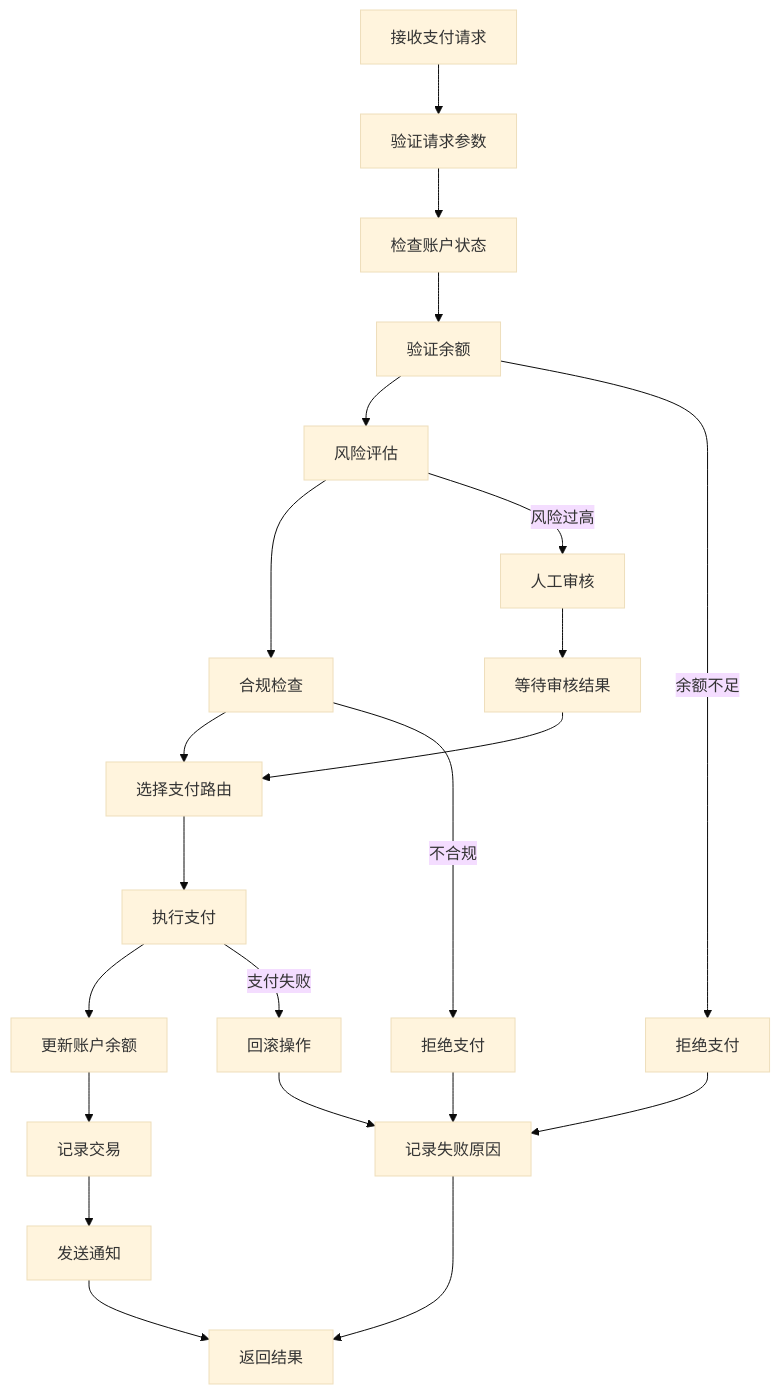
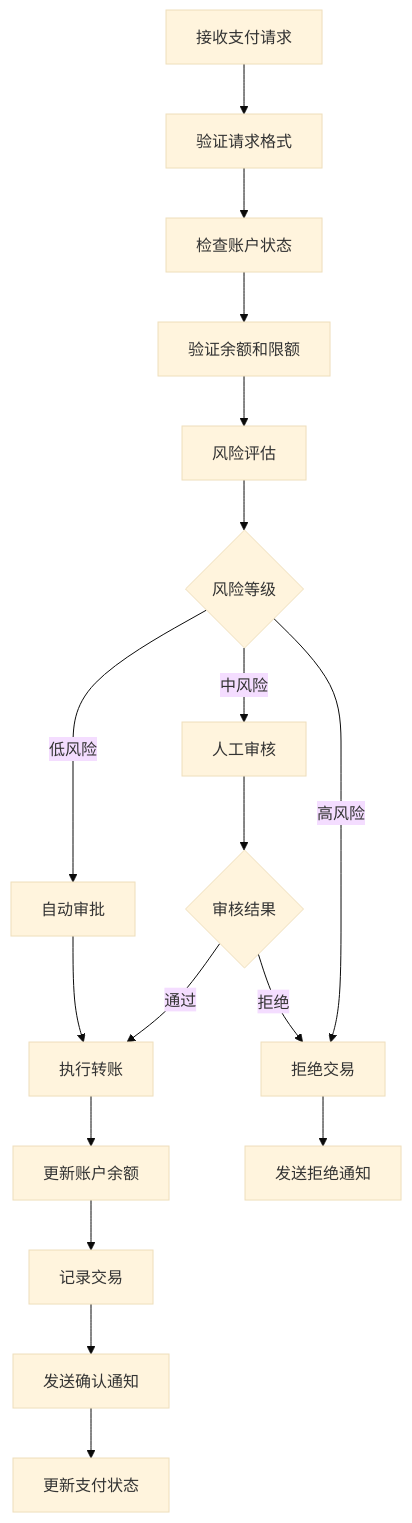
Before and after one commit to martin-ly/rust-lang: the first of 3 diagrams in docs/industry_domains/fintech/business_modeling.md, drawn with Mermaid (base theme). The commit also changed other lines of this file and 1 other file, not shown here.

````diff
--- a/docs/industry_domains/fintech/business_modeling.md
+++ b/docs/industry_domains/fintech/business_modeling.md
@@ -601,26 +614,20 @@
 ```mermaid
 graph TD
-    A[接收支付请求] --> B[验证请求参数]
+    A[接收支付请求] --> B[验证请求格式]
     B --> C[检查账户状态]
-    C --> D[验证余额]
+    C --> D[验证余额和限额]
     D --> E[风险评估]
-    E --> F[合规检查]
-    F --> G[选择支付路由]
-    G --> H[执行支付]
-    H --> I[更新账户余额]
-    I --> J[记录交易]
-    J --> K[发送通知]
-    K --> L[返回结果]
-    
-    D -->|余额不足| M[拒绝支付]
-    E -->|风险过高| N[人工审核]
-    F -->|不合规| O[拒绝支付]
-    H -->|支付失败| P[回滚操作]
-    
-    M --> Q[记录失败原因]
-    N --> R[等待审核结果]
-    O --> Q
-    P --> Q
-    Q --> L
-    R --> G
+    E --> F{风险等级}
+    F -->|低风险| G[自动审批]
+    F -->|中风险| H[人工审核]
+    F -->|高风险| I[拒绝交易]
+    G --> J[执行转账]
+    H --> K{审核结果}
+    K -->|通过| J
+    K -->|拒绝| I
+    J --> L[更新账户余额]
+    L --> M[记录交易]
+    M --> N[发送确认通知]
+    N --> O[更新支付状态]
+    I --> P[发送拒绝通知]
 ```
````
